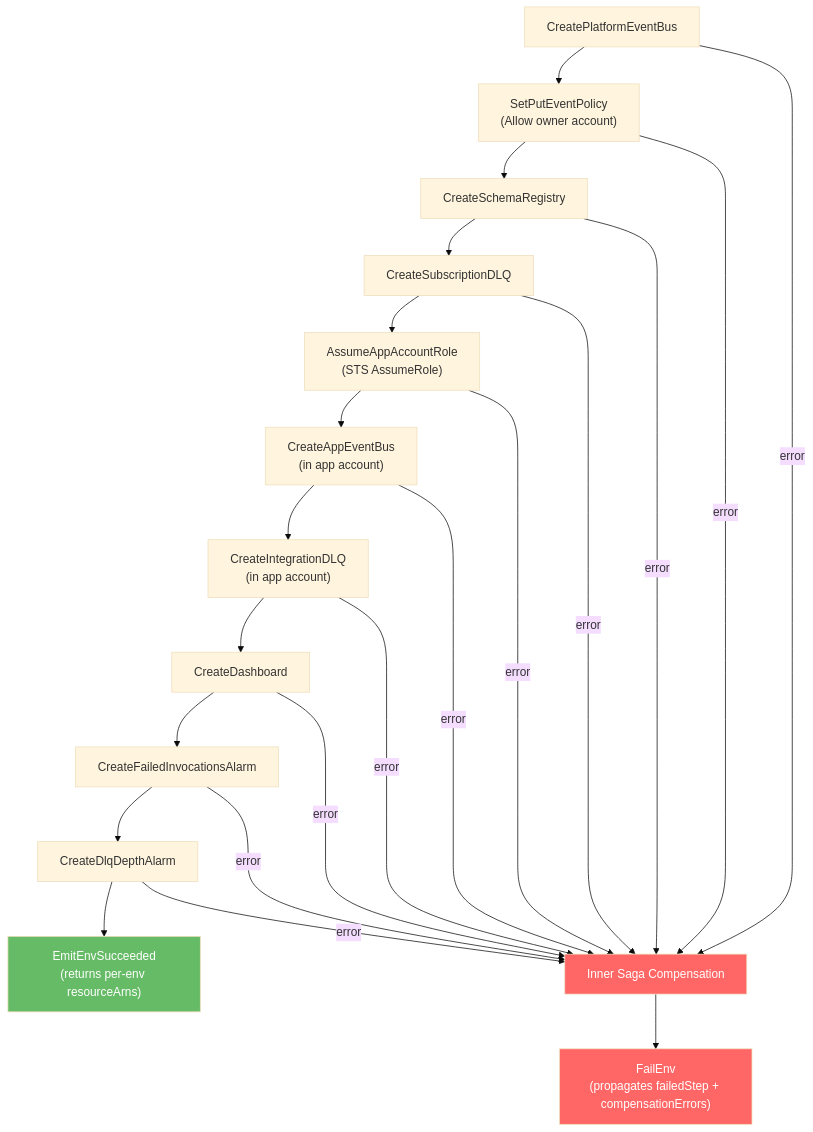
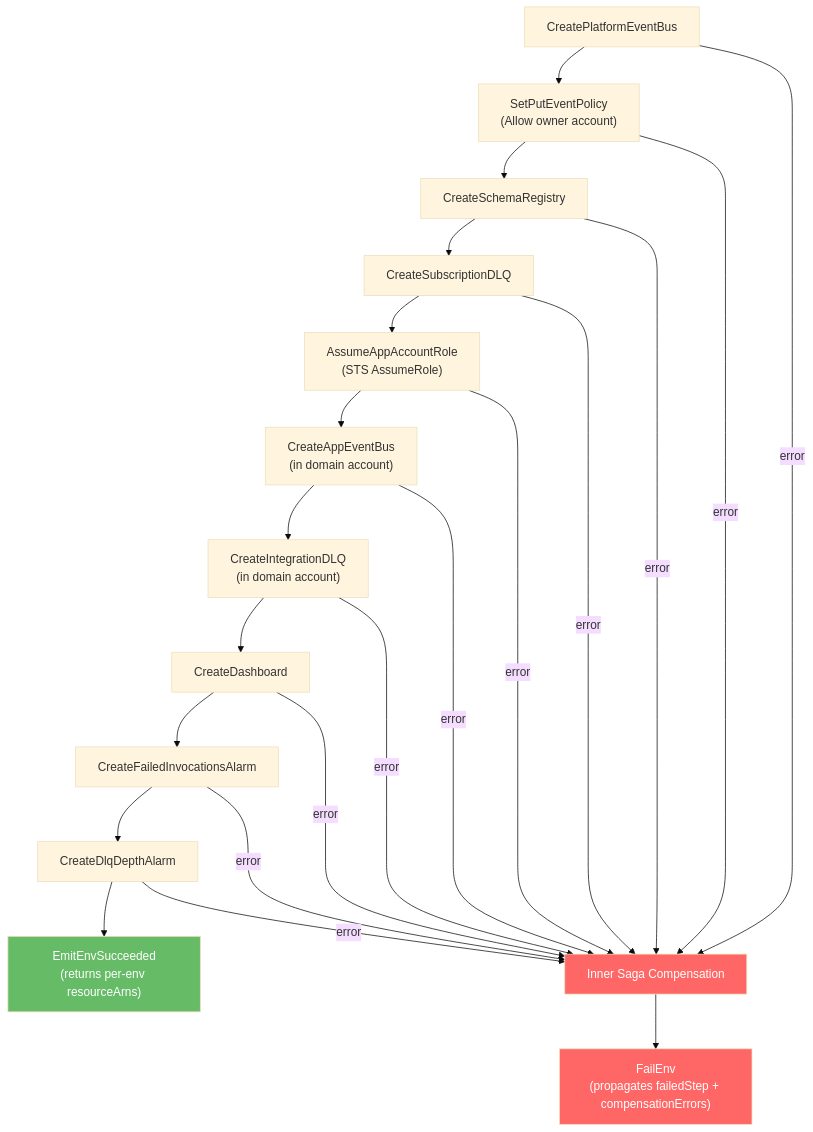
Before and after one commit to liedig/konductor4evb: the sixth of 8 diagrams in docs/development/architecture.md, drawn with Mermaid (base theme). The commit also changed other lines of this file and 9 other files, not shown here.

First line of the commit message:
docs: rename application account to domain account throughout

````diff
--- a/docs/development/architecture.md
+++ b/docs/development/architecture.md
@@ -260,30 +260,30 @@
 ```mermaid
 graph TD
     bus["CreatePlatformEventBus"] --> policy["SetPutEventPolicy<br/>(Allow owner account)"]
     policy --> schema["CreateSchemaRegistry"]
     schema --> dlq["CreateSubscriptionDLQ"]
     dlq --> assume["AssumeAppAccountRole<br/>(STS AssumeRole)"]
-    assume --> appbus["CreateAppEventBus<br/>(in app account)"]
-    appbus --> appdlq["CreateIntegrationDLQ<br/>(in app account)"]
+    assume --> appbus["CreateAppEventBus<br/>(in domain account)"]
+    appbus --> appdlq["CreateIntegrationDLQ<br/>(in domain account)"]
     appdlq --> dash["CreateDashboard"]
     dash --> alarm1["CreateFailedInvocationsAlarm"]
     alarm1 --> alarm2["CreateDlqDepthAlarm"]
     alarm2 --> ok["EmitEnvSucceeded<br/>(returns per-env resourceArns)"]
 
     bus -->|error| comp["Inner Saga Compensation"]
     policy -->|error| comp
     schema -->|error| comp
     dlq -->|error| comp
     assume -->|error| comp
     appbus -->|error| comp
     appdlq -->|error| comp
     dash -->|error| comp
     alarm1 -->|error| comp
     alarm2 -->|error| comp
 
     comp --> failenv["FailEnv<br/>(propagates failedStep + compensationErrors)"]
 
     style comp fill:#f66,color:#fff
     style ok fill:#6b6,color:#fff
     style failenv fill:#f66,color:#fff
 ```
````
